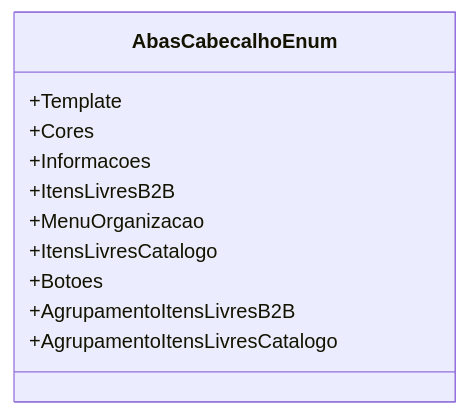
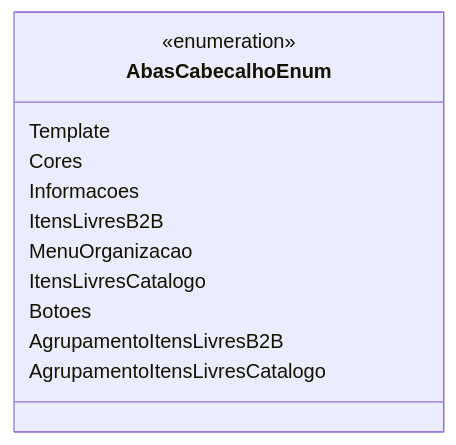
One commit to IsthmusSistemas/documentacao-tecnica changed the diagram in docs/b2b-dominio/IsthmusWinthor.Nucleo/IsthmusWinthor.Dominio/Enumeradores/AbasCabecalhoEnum.md. Above: the diagram before and after it, drawn with Mermaid. The commit also changed other lines of this file and 882 other files, not shown here.

````diff
--- a/docs/b2b-dominio/IsthmusWinthor.Nucleo/IsthmusWinthor.Dominio/Enumeradores/AbasCabecalhoEnum.md
+++ b/docs/b2b-dominio/IsthmusWinthor.Nucleo/IsthmusWinthor.Dominio/Enumeradores/AbasCabecalhoEnum.md
@@ -13,14 +12,15 @@
 ```mermaid
 classDiagram
     class AbasCabecalhoEnum {
-        +Template
-        +Cores
-        +Informacoes
-        +ItensLivresB2B
-        +MenuOrganizacao
-        +ItensLivresCatalogo
-        +Botoes
-        +AgrupamentoItensLivresB2B
-        +AgrupamentoItensLivresCatalogo
+        <<enumeration>>
+        Template
+        Cores
+        Informacoes
+        ItensLivresB2B
+        MenuOrganizacao
+        ItensLivresCatalogo
+        Botoes
+        AgrupamentoItensLivresB2B
+        AgrupamentoItensLivresCatalogo
     }
 ```
````
